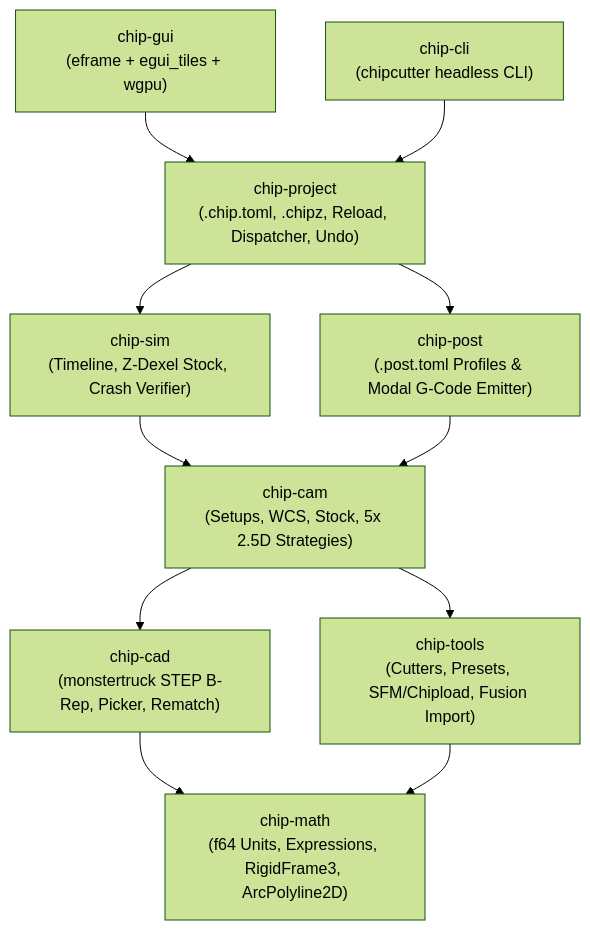
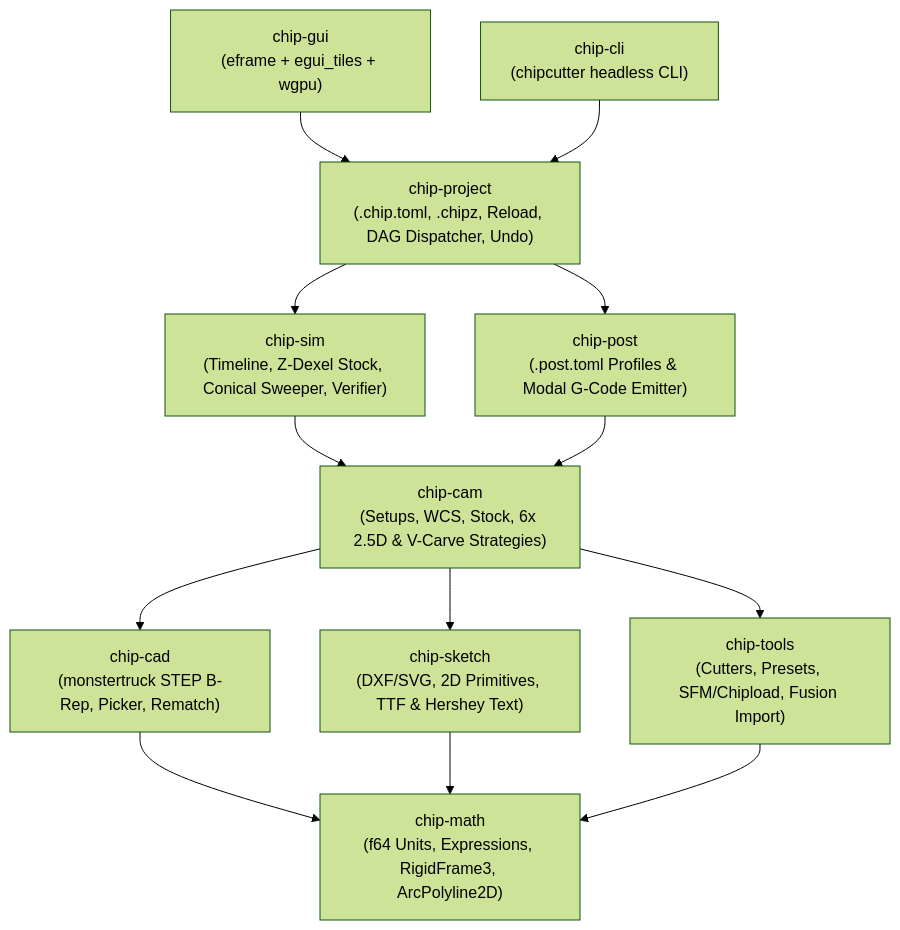
Before and after one commit to rk29/ChipCutter: the second of 2 diagrams in ARCHITECTURE.md, drawn with Mermaid (forest theme). The commit also changed other lines of this file and 44 other files, not shown here.

````diff
--- a/ARCHITECTURE.md
+++ b/ARCHITECTURE.md
@@ -32,13 +34,15 @@
 ```mermaid
 flowchart TD
-    GUI["chip-gui\n(eframe + egui_tiles + wgpu)"] --> PROJ["chip-project\n(.chip.toml, .chipz, Reload, Dispatcher, Undo)"]
+    GUI["chip-gui\n(eframe + egui_tiles + wgpu)"] --> PROJ["chip-project\n(.chip.toml, .chipz, Reload, DAG Dispatcher, Undo)"]
     CLI["chip-cli\n(chipcutter headless CLI)"] --> PROJ
-    PROJ --> SIM["chip-sim\n(Timeline, Z-Dexel Stock, Crash Verifier)"]
+    PROJ --> SIM["chip-sim\n(Timeline, Z-Dexel Stock, Conical Sweeper, Verifier)"]
     PROJ --> POST["chip-post\n(.post.toml Profiles & Modal G-Code Emitter)"]
-    SIM --> CAM["chip-cam\n(Setups, WCS, Stock, 5x 2.5D Strategies)"]
+    SIM --> CAM["chip-cam\n(Setups, WCS, Stock, 6x 2.5D & V-Carve Strategies)"]
     POST --> CAM
     CAM --> CAD["chip-cad\n(monstertruck STEP B-Rep, Picker, Rematch)"]
+    CAM --> SKETCH["chip-sketch\n(DXF/SVG, 2D Primitives, TTF & Hershey Text)"]
     CAM --> TOOLS["chip-tools\n(Cutters, Presets, SFM/Chipload, Fusion Import)"]
     CAD --> MATH["chip-math\n(f64 Units, Expressions, RigidFrame3, ArcPolyline2D)"]
+    SKETCH --> MATH
     TOOLS --> MATH
 ```
````
